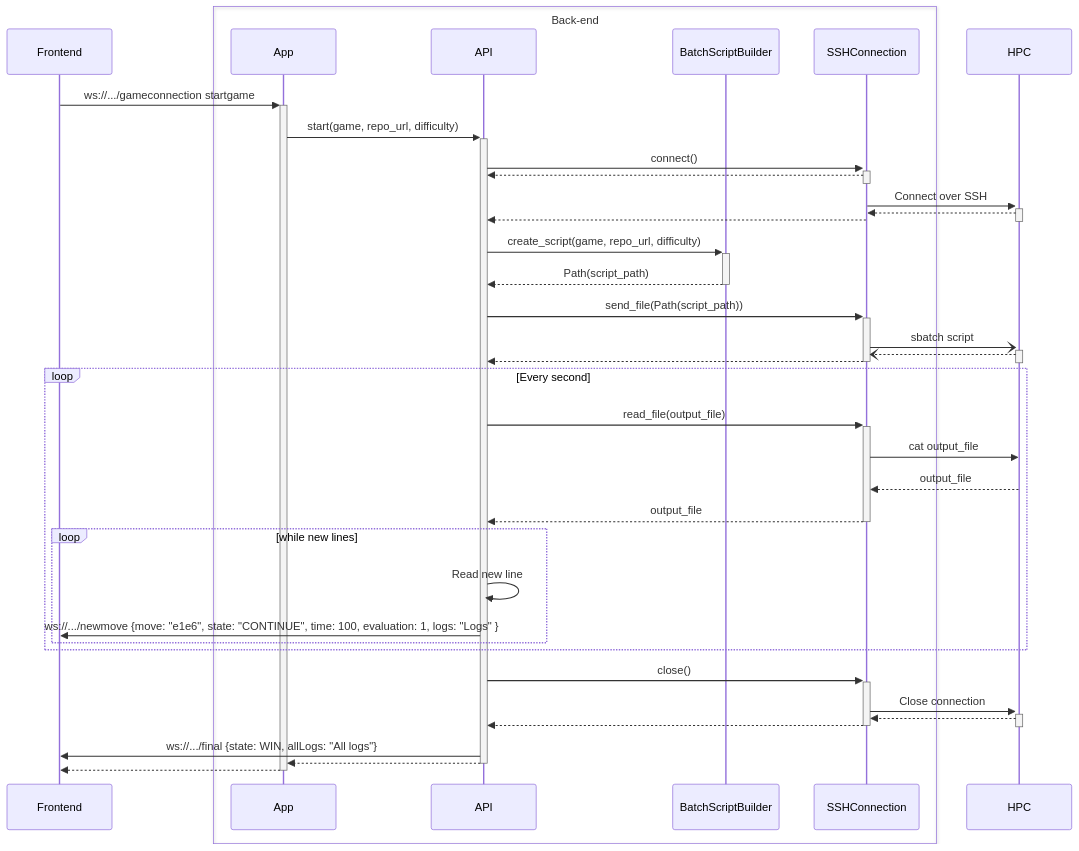
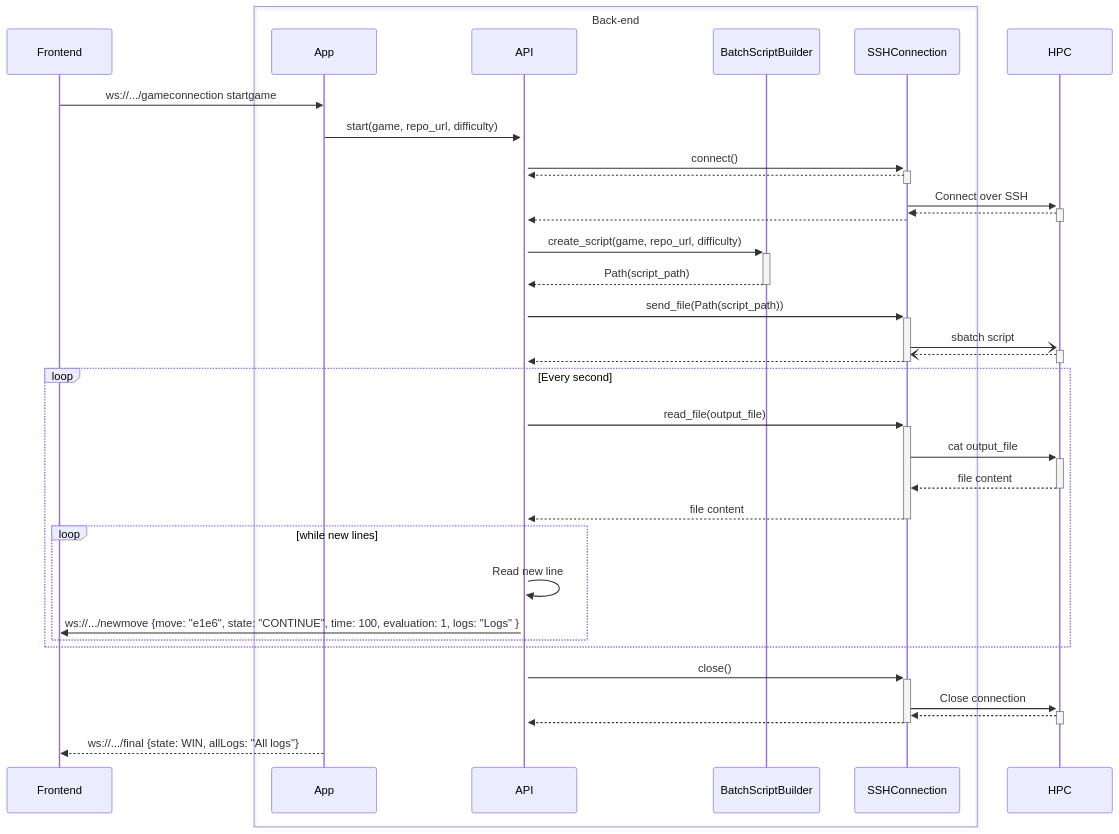
The second of 5 diagrams in docs/architecture.md (game-ai-platform-team/tira-ai-platform), drawn with Mermaid before and after one commit.

Commit message:
docs(#111): Simplify sequence diagram

````diff
--- a/docs/architecture.md
+++ b/docs/architecture.md
@@ -53,50 +53,49 @@
 ```mermaid
 sequenceDiagram
 
 participant Frontend
 
 box Back-end
     participant App
     participant API
     participant BatchScriptBuilder
     participant SSHConnection
 end
 
-Frontend ->>+ App: ws://.../gameconnection startgame
+Frontend ->> App: ws://.../gameconnection startgame
 
 App ->>+ API: start(game, repo_url, difficulty)
 API ->>+ SSHConnection: connect()
 SSHConnection -->>- API: 
 
 SSHConnection ->>+ HPC: Connect over SSH
 HPC -->>- SSHConnection: 
 
 SSHConnection -->> API: 
 API ->>+ BatchScriptBuilder: create_script(game, repo_url, difficulty)
 BatchScriptBuilder -->>- API: Path(script_path)
 
 API ->>+ SSHConnection: send_file(Path(script_path))
 SSHConnection -)+ HPC: sbatch script
 HPC --)- SSHConnection: 
 SSHConnection -->>- API: 
 
 loop Every second
     API ->>+ SSHConnection: read_file(output_file)
-    SSHConnection ->> HPC: cat output_file
-    HPC -->> SSHConnection: output_file
-    SSHConnection -->>- API: output_file
+    SSHConnection ->>+ HPC: cat output_file
+    HPC -->>- SSHConnection: file content
+    SSHConnection -->>- API: file content
 
     loop while new lines
         API ->> API: Read new line
         API ->> Frontend: ws://.../newmove {move: "e1e6", state: "CONTINUE", time: 100, evaluation: 1, logs: "Logs" }
     end
 end
 
 API ->>+ SSHConnection: close()
 SSHConnection ->>+ HPC: Close connection
 HPC -->>- SSHConnection: 
 SSHConnection -->>- API: 
-API ->> Frontend: ws://.../final {state: WIN, allLogs: "All logs"}
-API -->>- App: 
-App -->>- Frontend: 
+
+App -->> Frontend: ws://.../final {state: WIN, allLogs: "All logs"}
 ```
````
